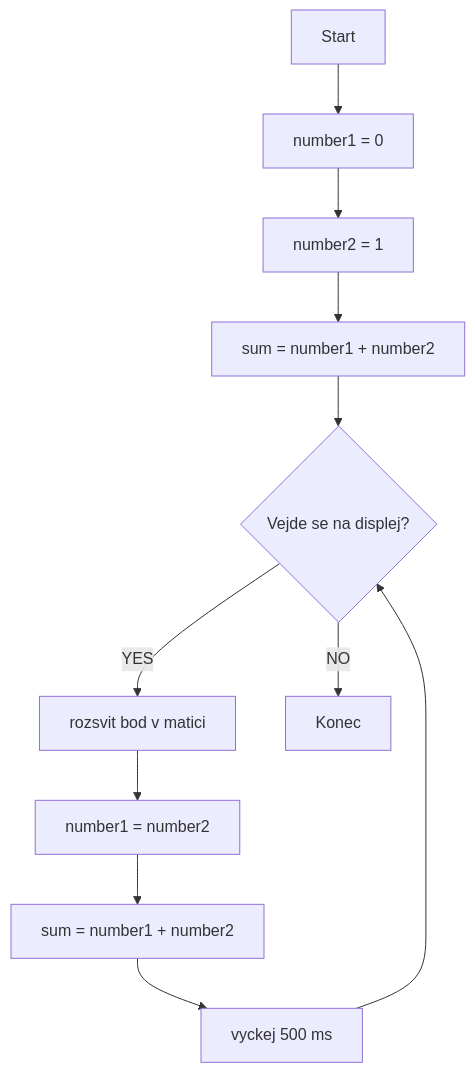
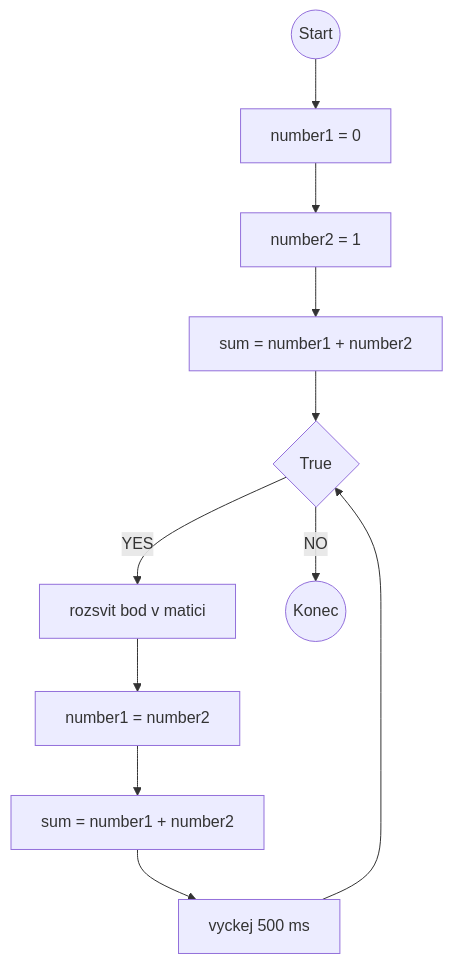
One commit to denisa-mat/BP-microbit changed the second of 2 diagrams in README.md. Above: the diagram before and after it, drawn with Mermaid. The commit also changed other lines of this file, not shown here.

````diff
--- a/README.md
+++ b/README.md
@@ -165,13 +176,13 @@
 ```mermaid
   graph TD;
-      A[Start] --> B[number1 = 0];
+      A((Start)) --> B[number1 = 0];
       B --> C[number2 = 1];
       C --> D[sum = number1 + number2];
-      D --> E{Vejde se na displej?};
+      D --> E{True};
       E -- YES --> F[rozsvit bod v matici];
           F --> H[number1 = number2];
           H --> I[sum = number1 + number2];
           I --> J[vyckej 500 ms]
           J --> E
-      E -- NO --> K[Konec]
+      E -- NO --> K((Konec))
 ```
````
